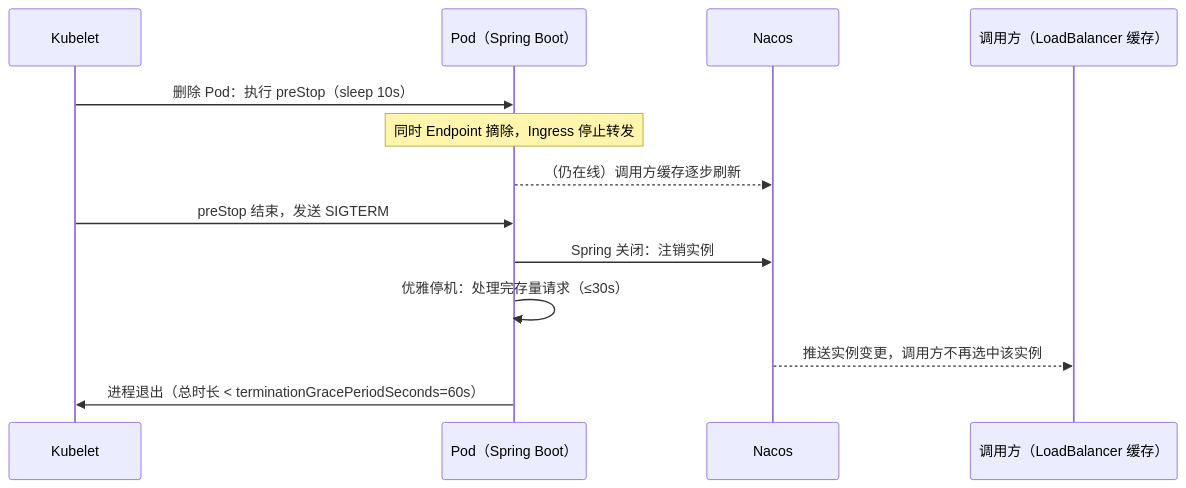
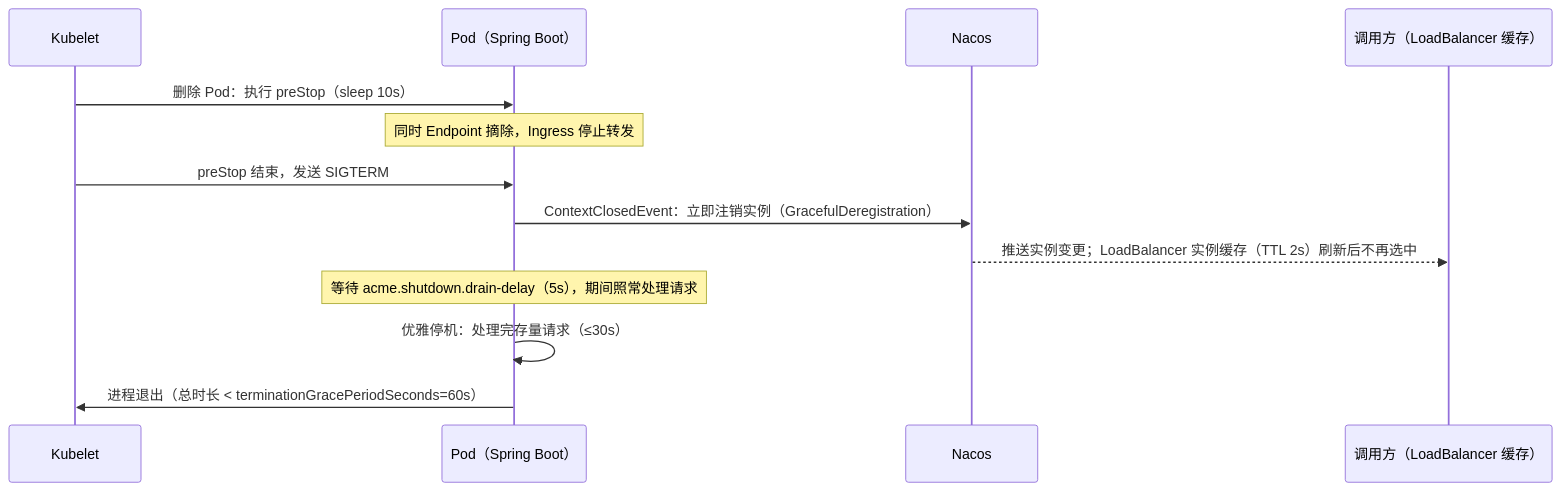
Before and after one commit to pmbdlw/architecture: the first of 6 diagrams in docs/02-spring-cloud-in-practice.md, drawn with Mermaid. The commit also changed other lines of this file and 18 other files, not shown here.

````diff
--- a/docs/02-spring-cloud-in-practice.md
+++ b/docs/02-spring-cloud-in-practice.md
@@ -83,15 +83,15 @@
 ```mermaid
 sequenceDiagram
     participant K as Kubelet
     participant P as Pod（Spring Boot）
     participant N as Nacos
     participant C as 调用方（LoadBalancer 缓存）
     K->>P: 删除 Pod：执行 preStop（sleep 10s）
     Note over P: 同时 Endpoint 摘除，Ingress 停止转发
-    P-->>N: （仍在线）调用方缓存逐步刷新
     K->>P: preStop 结束，发送 SIGTERM
-    P->>N: Spring 关闭：注销实例
+    P->>N: ContextClosedEvent：立即注销实例（GracefulDeregistration）
+    N-->>C: 推送实例变更；LoadBalancer 实例缓存（TTL 2s）刷新后不再选中
+    Note over P: 等待 acme.shutdown.drain-delay（5s），期间照常处理请求
     P->>P: 优雅停机：处理完存量请求（≤30s）
-    N-->>C: 推送实例变更，调用方不再选中该实例
     P->>K: 进程退出（总时长 < terminationGracePeriodSeconds=60s）
 ```
````
